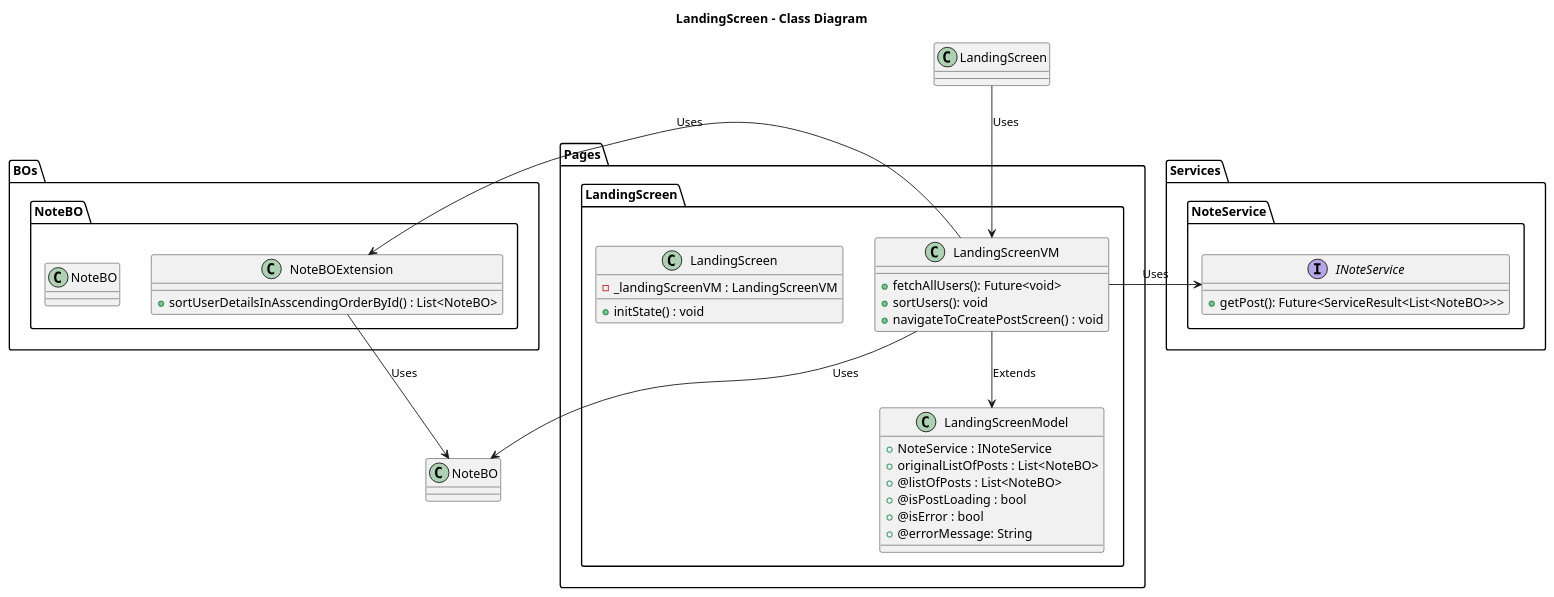
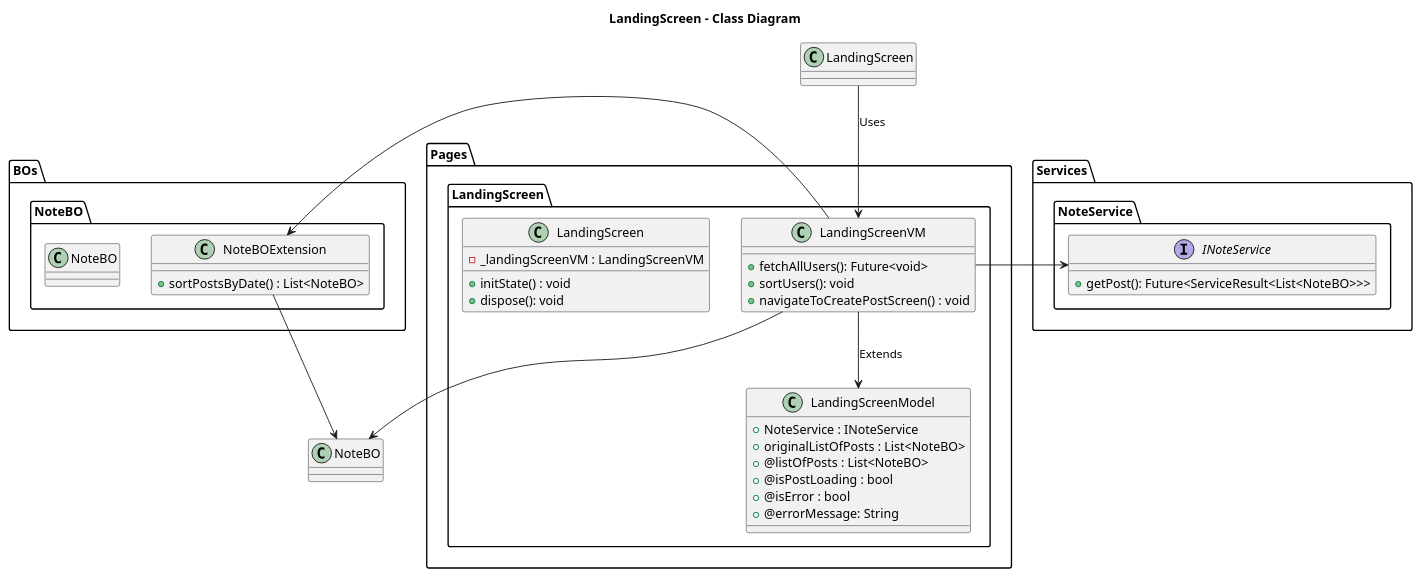
Before and after one commit to ThirumuruganArumugam/social_media: the diagram in lib/Pages/LandingScreen/Design/LandingScreen-Class.puml, drawn with PlantUML. The commit also changed 4 other files, not shown here.

Commit message:
changes in class diagram

```diff
--- a/lib/Pages/LandingScreen/Design/LandingScreen-Class.puml
+++ b/lib/Pages/LandingScreen/Design/LandingScreen-Class.puml
@@ -1,51 +1,52 @@
 @startuml LandingScreen - Class
 
 title **LandingScreen - Class Diagram**
 
 package Pages{
     package LandingScreen{
         class LandingScreenModel{
             + NoteService : INoteService
             + originalListOfPosts : List<NoteBO>
             + @listOfPosts : List<NoteBO>
             + @isPostLoading : bool
             + @isError : bool
             + @errorMessage: String
         }
         class LandingScreenVM{
             + fetchAllUsers(): Future<void>
             + sortUsers(): void
             + navigateToCreatePostScreen() : void
         }
         class LandingScreen{
             - _landingScreenVM : LandingScreenVM
             + initState() : void
+            + dispose(): void
         }
     }
 }
 
 package BOs{
     package NoteBO{
         class NoteBO{
         }
         class NoteBOExtension{
-            + sortUserDetailsInAsscendingOrderById() : List<NoteBO>
+            + sortPostsByDate() : List<NoteBO>
         }
     }
 }
 
 package Services{
     package NoteService{
         interface INoteService{
             + getPost(): Future<ServiceResult<List<NoteBO>>>
         }
     }
 }
 
 LandingScreenVM --> LandingScreenModel : Extends
 LandingScreen --> LandingScreenVM: Uses
-LandingScreenVM --> NoteBO : Uses
-NoteBOExtension --> NoteBO : Uses
-LandingScreenVM -> NoteBOExtension : Uses
-LandingScreenVM -> INoteService: Uses
+LandingScreenVM --> NoteBO
+NoteBOExtension --> NoteBO
+LandingScreenVM -> NoteBOExtension
+LandingScreenVM -> INoteService
 @enduml
```
